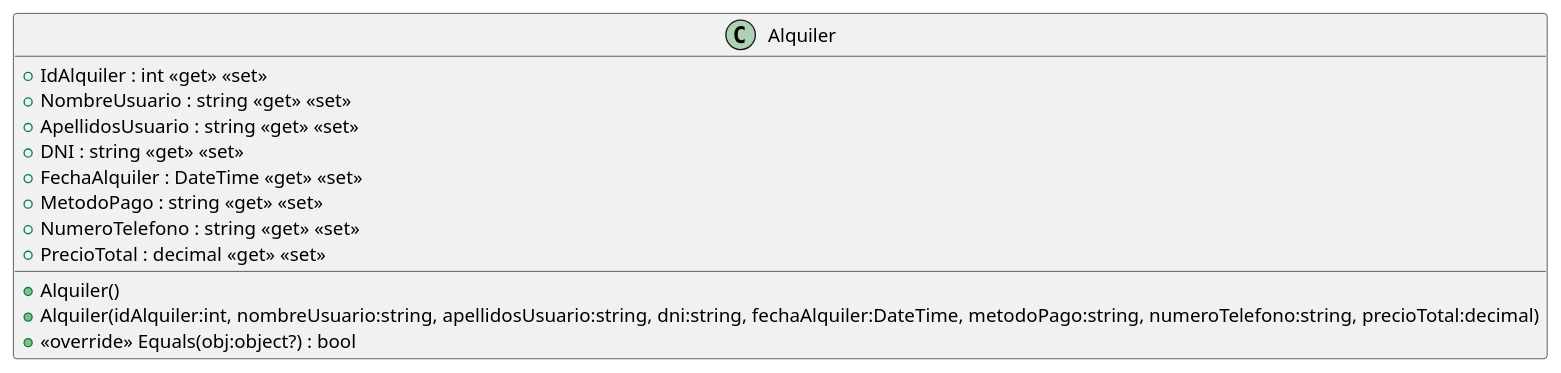
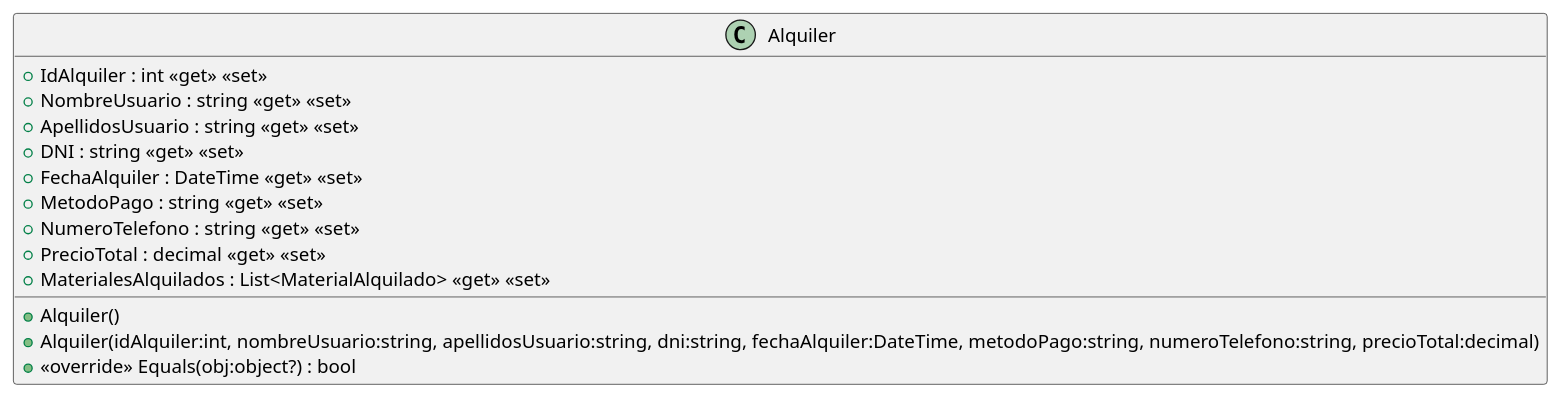
Before and after one commit to ISII2627CDGJ/ISII2627CDG: the diagram in src/AppForSEII.API/ClassDiagram/src/AppForSEII.API/Models/Alquiler.puml, drawn with PlantUML. The commit also changed 9 other files, not shown here.

```diff
--- a/src/AppForSEII.API/ClassDiagram/src/AppForSEII.API/Models/Alquiler.puml
+++ b/src/AppForSEII.API/ClassDiagram/src/AppForSEII.API/Models/Alquiler.puml
@@ -1,15 +1,16 @@
 @startuml
 class Alquiler {
     + IdAlquiler : int <<get>> <<set>>
     + NombreUsuario : string <<get>> <<set>>
     + ApellidosUsuario : string <<get>> <<set>>
     + DNI : string <<get>> <<set>>
     + FechaAlquiler : DateTime <<get>> <<set>>
     + MetodoPago : string <<get>> <<set>>
     + NumeroTelefono : string <<get>> <<set>>
     + PrecioTotal : decimal <<get>> <<set>>
+    + MaterialesAlquilados : List<MaterialAlquilado> <<get>> <<set>>
     + Alquiler()
     + Alquiler(idAlquiler:int, nombreUsuario:string, apellidosUsuario:string, dni:string, fechaAlquiler:DateTime, metodoPago:string, numeroTelefono:string, precioTotal:decimal)
     + <<override>> Equals(obj:object?) : bool
 }
 @enduml
```
